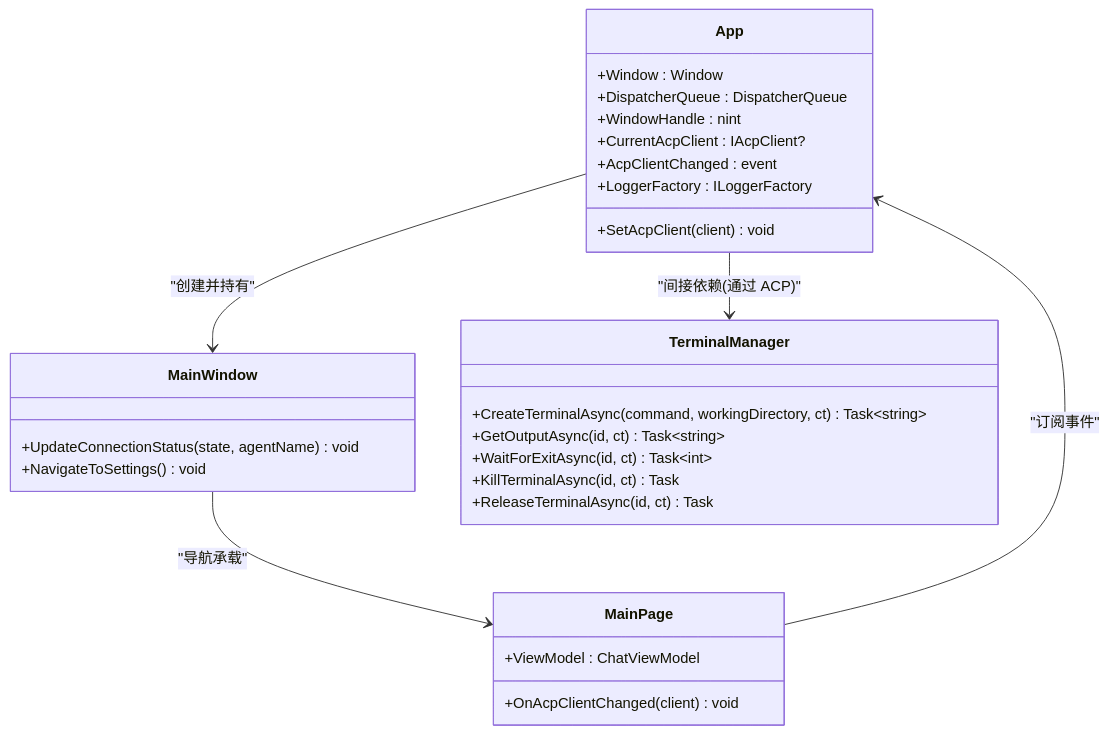
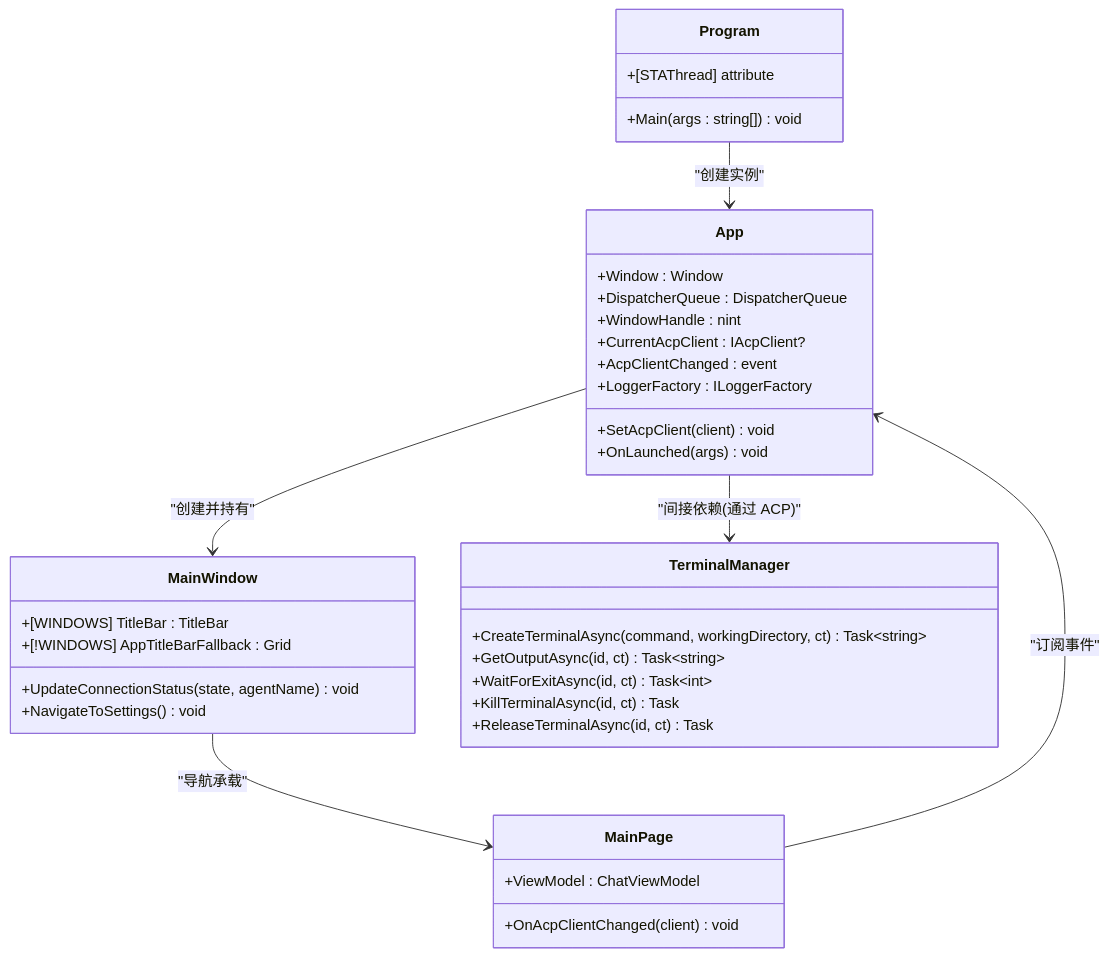
One commit to AgenticDesktop/App changed the third of 3 diagrams in .qoder/repowiki/zh/content/开发指南/项目结构/应用程序入口.md. Above: the diagram before and after it, drawn with Mermaid. The commit also changed other lines of this file and 108 other files, not shown here.

````diff
--- a/.qoder/repowiki/zh/content/开发指南/项目结构/应用程序入口.md
+++ b/.qoder/repowiki/zh/content/开发指南/项目结构/应用程序入口.md
@@ -192,31 +252,39 @@
 ```mermaid
 classDiagram
+class Program {
++Main(args : string[]) void
++[STAThread] attribute
+}
 class App {
 +Window : Window
 +DispatcherQueue : DispatcherQueue
 +WindowHandle : nint
 +CurrentAcpClient : IAcpClient?
 +AcpClientChanged : event
 +LoggerFactory : ILoggerFactory
 +SetAcpClient(client) void
++OnLaunched(args) void
 }
 class MainWindow {
 +UpdateConnectionStatus(state, agentName) void
 +NavigateToSettings() void
++[WINDOWS] TitleBar : TitleBar
++[!WINDOWS] AppTitleBarFallback : Grid
 }
 class MainPage {
 +ViewModel : ChatViewModel
 +OnAcpClientChanged(client) void
 }
 class TerminalManager {
 +CreateTerminalAsync(command, workingDirectory, ct) Task~string~
 +GetOutputAsync(id, ct) Task~string~
 +WaitForExitAsync(id, ct) Task~int~
 +KillTerminalAsync(id, ct) Task
 +ReleaseTerminalAsync(id, ct) Task
 }
+Program --> App : "创建实例"
 App --> MainWindow : "创建并持有"
 MainWindow --> MainPage : "导航承载"
 MainPage --> App : "订阅事件"
 App --> TerminalManager : "间接依赖(通过 ACP)"
 ```
````
